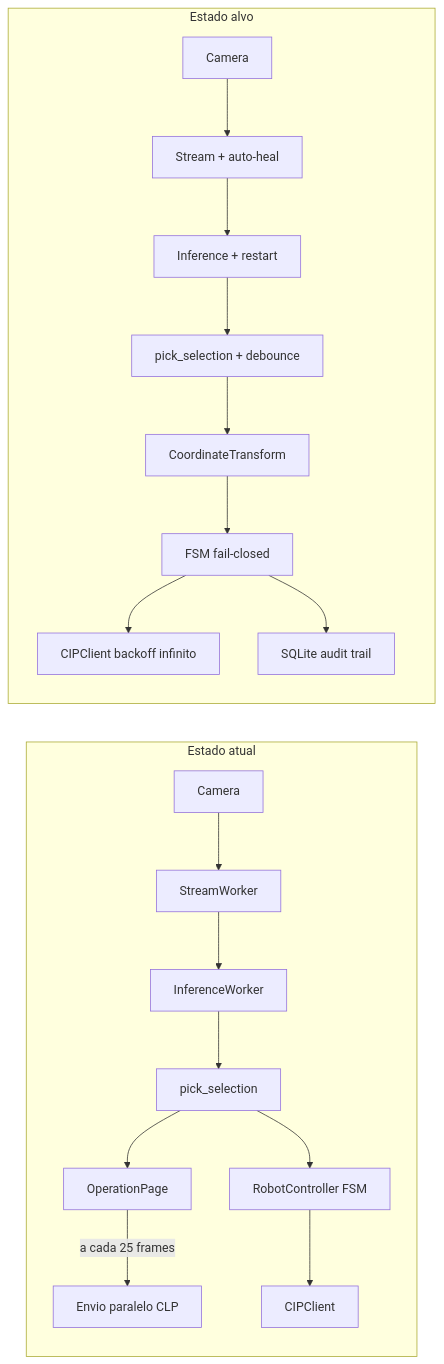
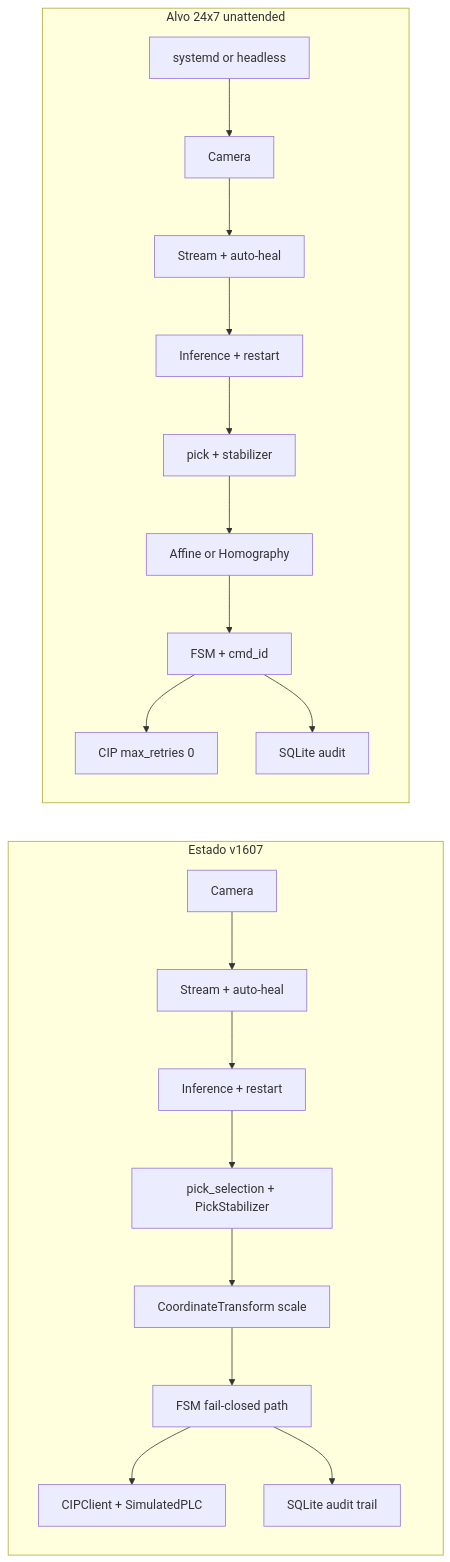
Before and after one commit to RicardoGuemba/Projeto_VC_Buddmeyer_2109: the diagram in realtec_vision_buddmeyer/docs/AVALIACAO_24x7_PICK_PLACE.md, drawn with Mermaid. The commit also changed other lines of this file and 30 other files, not shown here.

````diff
--- a/realtec_vision_buddmeyer/docs/AVALIACAO_24x7_PICK_PLACE.md
+++ b/realtec_vision_buddmeyer/docs/AVALIACAO_24x7_PICK_PLACE.md
@@ -49,22 +51,23 @@
 ```mermaid
 flowchart LR
-    subgraph today [Estado atual]
-        Cam[Camera] --> Stream[StreamWorker]
-        Stream --> Infer[InferenceWorker]
-        Infer --> Pick[pick_selection]
-        Pick --> UI[OperationPage]
-        Pick --> FSM[RobotController FSM]
-        UI -->|"a cada 25 frames"| PLC_dup[Envio paralelo CLP]
-        FSM --> PLC[CIPClient]
+    subgraph today [Estado v1607]
+        Cam[Camera] --> Stream[Stream + auto-heal]
+        Stream --> Infer[Inference + restart]
+        Infer --> Pick[pick_selection + PickStabilizer]
+        Pick --> Transform[CoordinateTransform scale]
+        Transform --> FSM[FSM fail-closed path]
+        FSM --> PLC[CIPClient + SimulatedPLC]
+        FSM --> Audit[SQLite audit trail]
     end
 
-    subgraph target [Estado alvo]
+    subgraph target [Alvo 24x7 unattended]
         Cam2[Camera] --> Stream2[Stream + auto-heal]
         Stream2 --> Infer2[Inference + restart]
-        Infer2 --> Pick2[pick_selection + debounce]
-        Pick2 --> Transform[CoordinateTransform]
-        Transform --> FSM2[FSM fail-closed]
-        FSM2 --> PLC2[CIPClient backoff infinito]
-        FSM2 --> Audit[SQLite audit trail]
+        Infer2 --> Pick2[pick + stabilizer]
+        Pick2 --> Transform2[Affine or Homography]
+        Transform2 --> FSM2[FSM + cmd_id]
+        FSM2 --> PLC2[CIP max_retries 0]
+        FSM2 --> Audit2[SQLite audit]
+        Proc[systemd or headless] --> Cam2
     end
 ```
````
